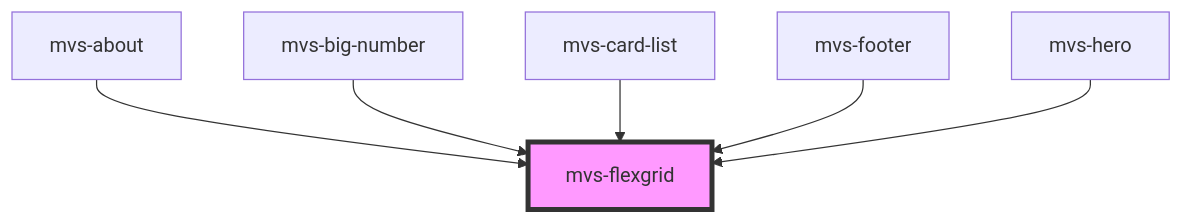
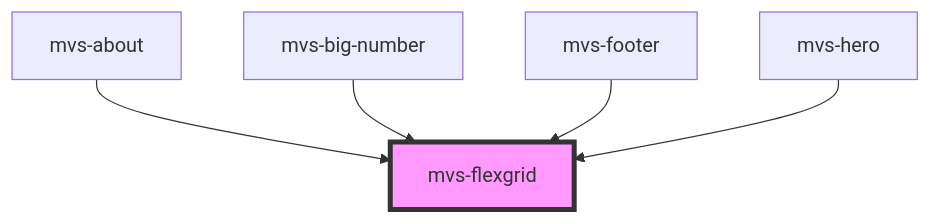
One commit to rafaela-vairo/mvs-design-system changed the diagram in src/components/layout/mvs-flexgrid/readme.md. Above: the diagram before and after it, drawn with Mermaid. The commit also changed other lines of this file and 20 other files, not shown here.

````diff
--- a/src/components/layout/mvs-flexgrid/readme.md
+++ b/src/components/layout/mvs-flexgrid/readme.md
@@ -33,9 +32,8 @@
 ```mermaid
 graph TD;
   mvs-about --> mvs-flexgrid
   mvs-big-number --> mvs-flexgrid
-  mvs-card-list --> mvs-flexgrid
   mvs-footer --> mvs-flexgrid
   mvs-hero --> mvs-flexgrid
   style mvs-flexgrid fill:#f9f,stroke:#333,stroke-width:4px
 ```
````
